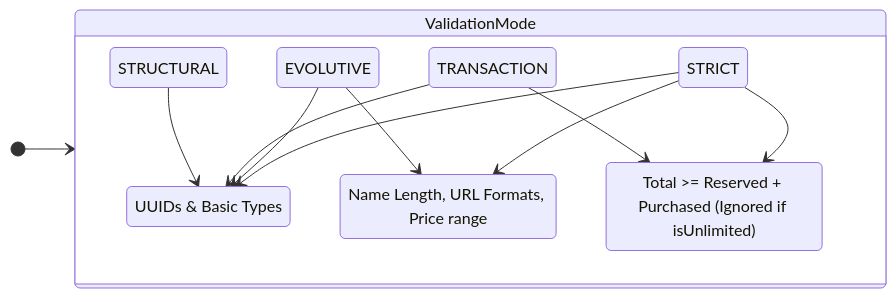
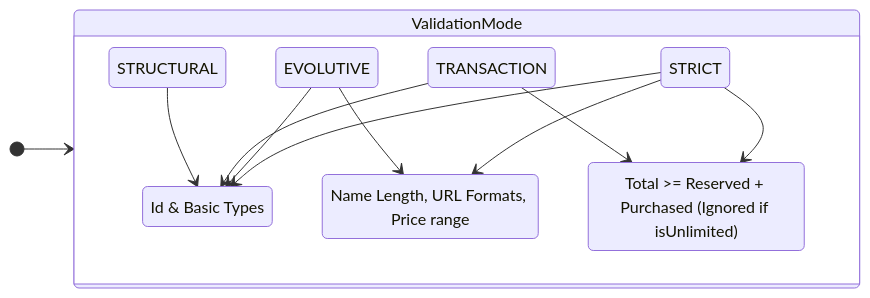
The second of 2 diagrams in docs/architecture/domain-model.md (ZoePorta/wishin), drawn with Mermaid before and after one commit. The commit also changed other lines of this file and 2 other files, not shown here.

Commit message:
docs: add ADR 010 for privacy/access control and update vision/domain models

````diff
--- a/docs/architecture/domain-model.md
+++ b/docs/architecture/domain-model.md
@@ -81,26 +80,26 @@
 ```mermaid
 stateDiagram-v2
     direction LR
     [*] --> ValidationMode
 
     state ValidationMode {
         direction TB
         STRICT --> Structural
         STRICT --> Business
         STRICT --> Inventory
 
         EVOLUTIVE --> Structural
         EVOLUTIVE --> Business
 
         TRANSACTION --> Structural
         TRANSACTION --> Inventory
 
         STRUCTURAL --> Structural
     }
 
-    Structural: UUIDs & Basic Types
+    Structural: Id & Basic Types
     Business: Name Length, URL Formats, Price range
     Inventory: Total >= Reserved + Purchased (Ignored if isUnlimited)
 
 
 ```
````
